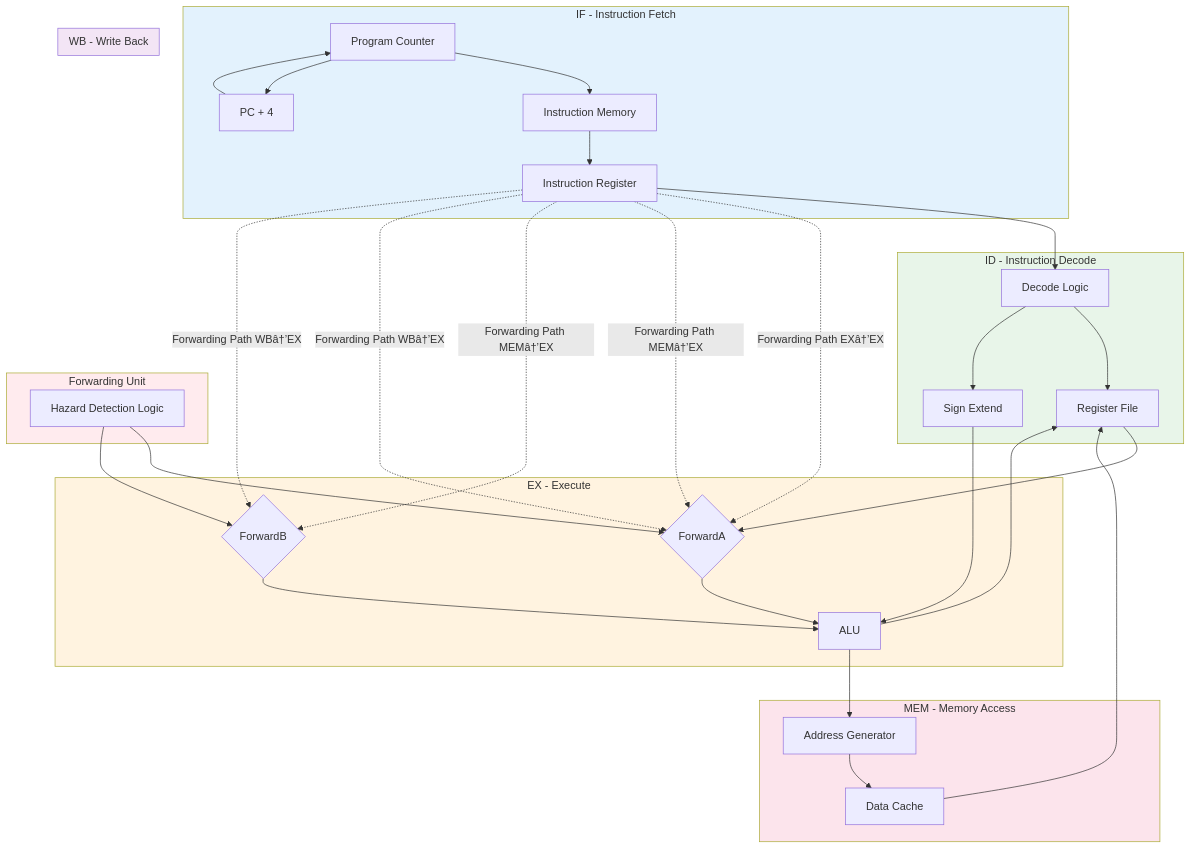
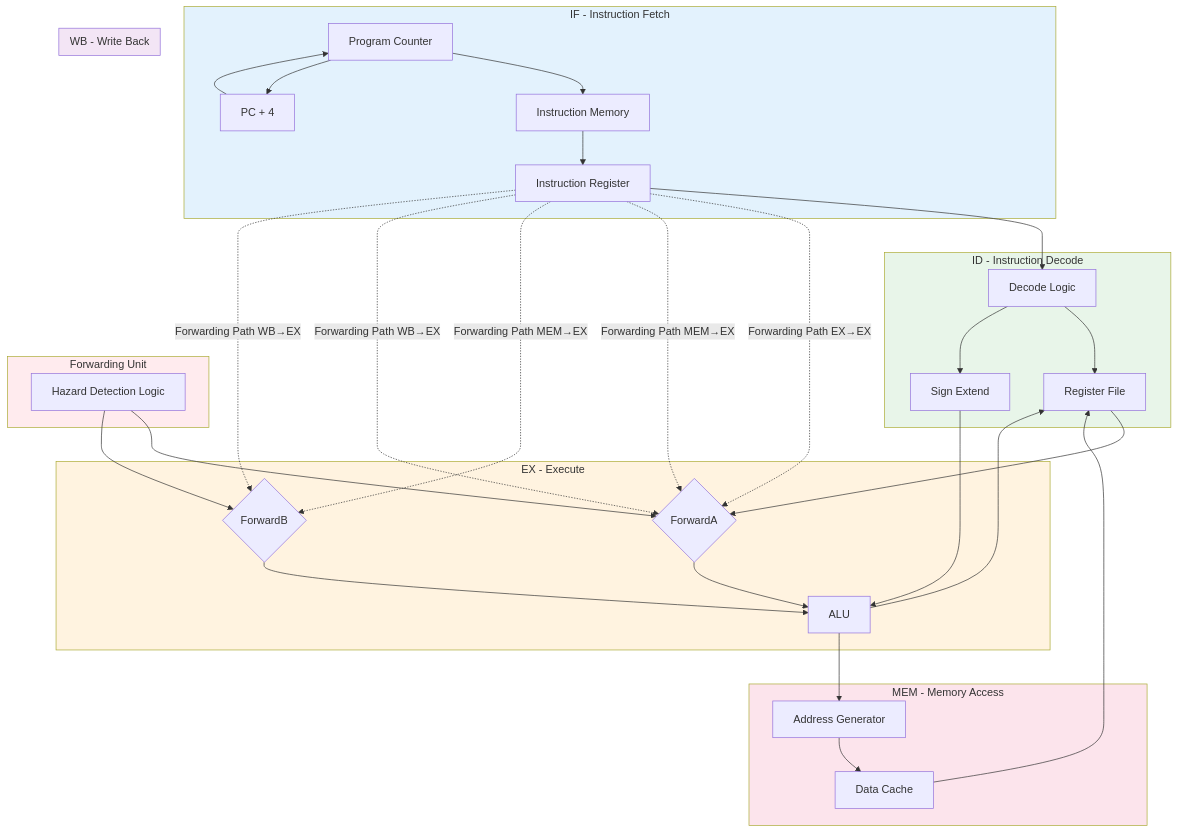
The fifth of 8 diagrams in docs/courses/computer-architecture/04-pipelining-hazards.md (Raushan666java/ai-engineering-journey), drawn with Mermaid before and after one commit. The commit also changed other lines of this file and 965 other files, not shown here.

````diff
--- a/docs/courses/computer-architecture/04-pipelining-hazards.md
+++ b/docs/courses/computer-architecture/04-pipelining-hazards.md
@@ -1099,46 +1099,46 @@
 ```mermaid
 flowchart TD
     subgraph IF[IF - Instruction Fetch]
         PC[Program Counter] --> IMEM[Instruction Memory]
         IMEM --> IR[Instruction Register]
         PC --> ADDER[PC + 4]
         ADDER --> PC
     end
     subgraph ID[ID - Instruction Decode]
         IR --> DEC[Decode Logic]
         DEC --> REG[Register File]
         DEC --> SIGN[Sign Extend]
     end
     subgraph EX[EX - Execute]
         ALU[ALU]
         REG --> MUXA{ForwardA}
         SIGN --> ALU
         MUXA --> ALU
         MUXB{ForwardB} --> ALU
     end
     subgraph MEM[MEM - Memory Access]
         ALU --> ADDR[Address Generator]
         ADDR --> DCACHE[Data Cache]
     end
     subgraph WB[WB - Write Back]
         DCACHE --> REG
         ALU --> REG
     end
     subgraph FWD[Forwarding Unit]
         FU[Hazard Detection Logic]
         FU --> MUXA
         FU --> MUXB
     end
-    IR -.->|Forwarding Path EXâ†’EX| MUXA
-    IR -.->|Forwarding Path MEMâ†’EX| MUXA
-    IR -.->|Forwarding Path MEMâ†’EX| MUXB
-    IR -.->|Forwarding Path WBâ†’EX| MUXA
-    IR -.->|Forwarding Path WBâ†’EX| MUXB
+    IR -.->|Forwarding Path EX→EX| MUXA
+    IR -.->|Forwarding Path MEM→EX| MUXA
+    IR -.->|Forwarding Path MEM→EX| MUXB
+    IR -.->|Forwarding Path WB→EX| MUXA
+    IR -.->|Forwarding Path WB→EX| MUXB
     
     style IF fill:#e3f2fd
     style ID fill:#e8f5e9
     style EX fill:#fff3e0
     style MEM fill:#fce4ec
     style WB fill:#f3e5f5
     style FWD fill:#ffebee
 ```
````
